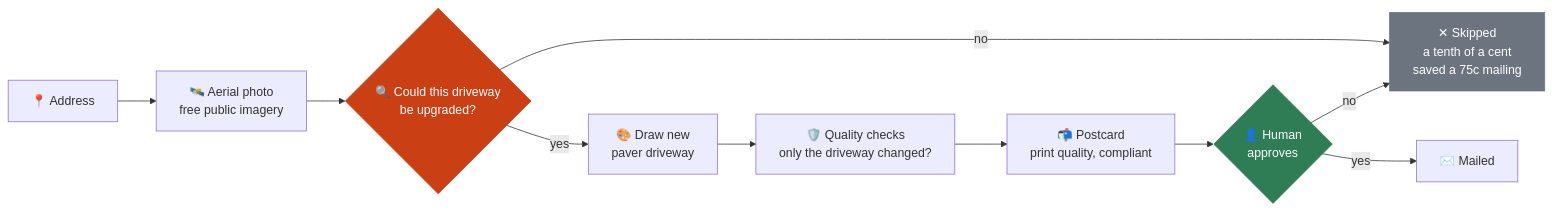
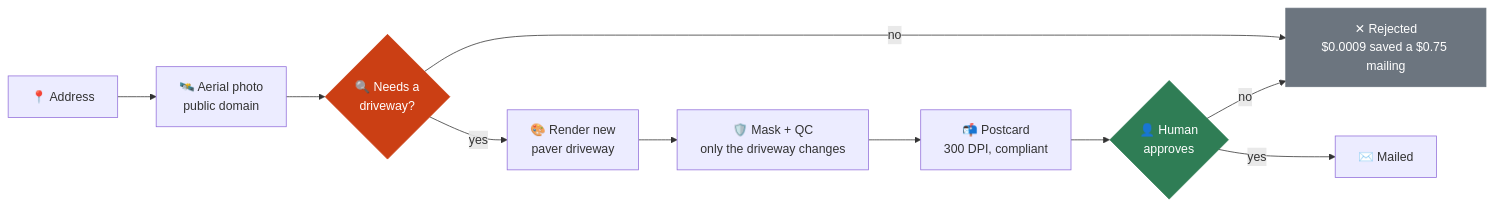
Before and after one commit to Zerubabel-J/curbside: the first of 5 diagrams in README.md, drawn with Mermaid. The commit also changed other lines of this file, not shown here.

````diff
--- a/README.md
+++ b/README.md
@@ -89,16 +37,16 @@
 ```mermaid
 flowchart LR
-    A["📍 Address"] --> B["🛰️ Aerial photo<br/>free public imagery"]
-    B --> C{"🔍 Could this driveway<br/>be upgraded?"}
-    C -->|no| X["✕ Skipped<br/>a tenth of a cent<br/>saved a 75c mailing"]
-    C -->|yes| D["🎨 Draw new<br/>paver driveway"]
-    D --> E["🛡️ Quality checks<br/>only the driveway changed?"]
-    E --> F["📬 Postcard<br/>print quality, compliant"]
+    A["📍 Address"] --> B["🛰️ Aerial photo<br/>public domain"]
+    B --> C{"🔍 Needs a<br/>driveway?"}
+    C -->|no| X["✕ Rejected<br/>$0.0009 saved a $0.75 mailing"]
+    C -->|yes| D["🎨 Render new<br/>paver driveway"]
+    D --> E["🛡️ Mask + QC<br/>only the driveway changes"]
+    E --> F["📬 Postcard<br/>300 DPI, compliant"]
     F --> G{"👤 Human<br/>approves"}
     G -->|yes| H["✉️ Mailed"]
     G -->|no| X
 
     style C fill:#cb3f14,stroke:#cb3f14,color:#fff
     style G fill:#2f7d55,stroke:#2f7d55,color:#fff
     style X fill:#6c757f,stroke:#6c757f,color:#fff
 ```
````
